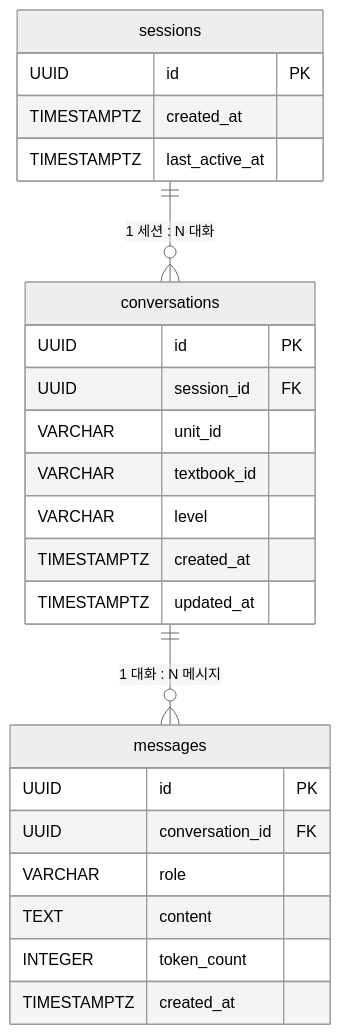
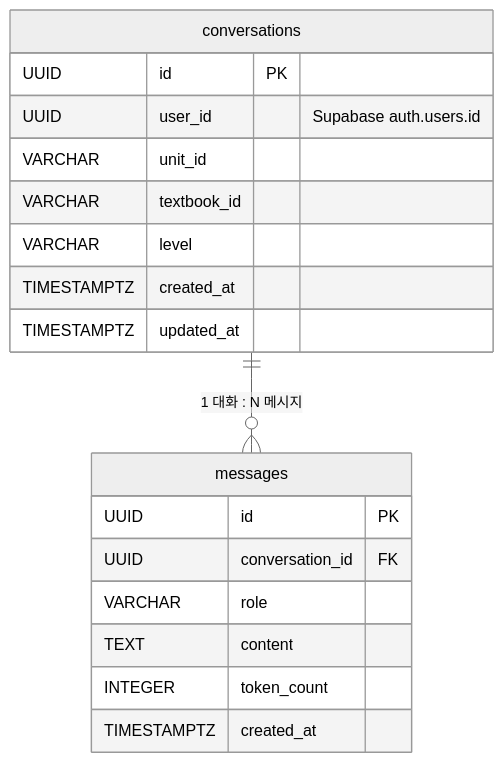
Before and after one commit to JayKim88/lingua-rag: the fourth of 4 diagrams in README.md, drawn with Mermaid (neutral theme). The commit also changed other lines of this file and 11 other files, not shown here.

````diff
--- a/README.md
+++ b/README.md
@@ -113,30 +157,23 @@
 ```mermaid
 erDiagram
-    sessions {
-        UUID id PK
-        TIMESTAMPTZ created_at
-        TIMESTAMPTZ last_active_at
-    }
-
     conversations {
         UUID id PK
-        UUID session_id FK
+        UUID user_id "Supabase auth.users.id"
         VARCHAR unit_id
         VARCHAR textbook_id
         VARCHAR level
         TIMESTAMPTZ created_at
         TIMESTAMPTZ updated_at
     }
 
     messages {
         UUID id PK
         UUID conversation_id FK
         VARCHAR role
         TEXT content
         INTEGER token_count
         TIMESTAMPTZ created_at
     }
 
-    sessions ||--o{ conversations : "1 세션 : N 대화"
     conversations ||--o{ messages : "1 대화 : N 메시지"
 ```
````
